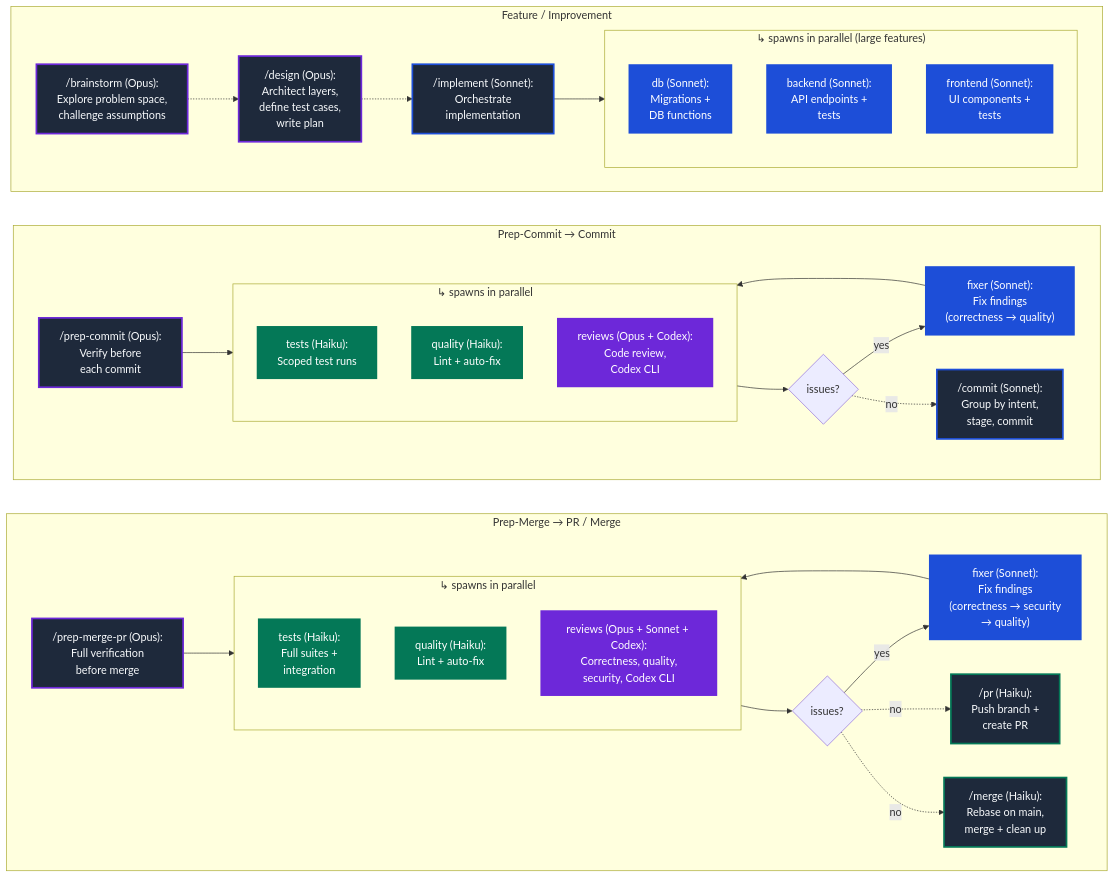
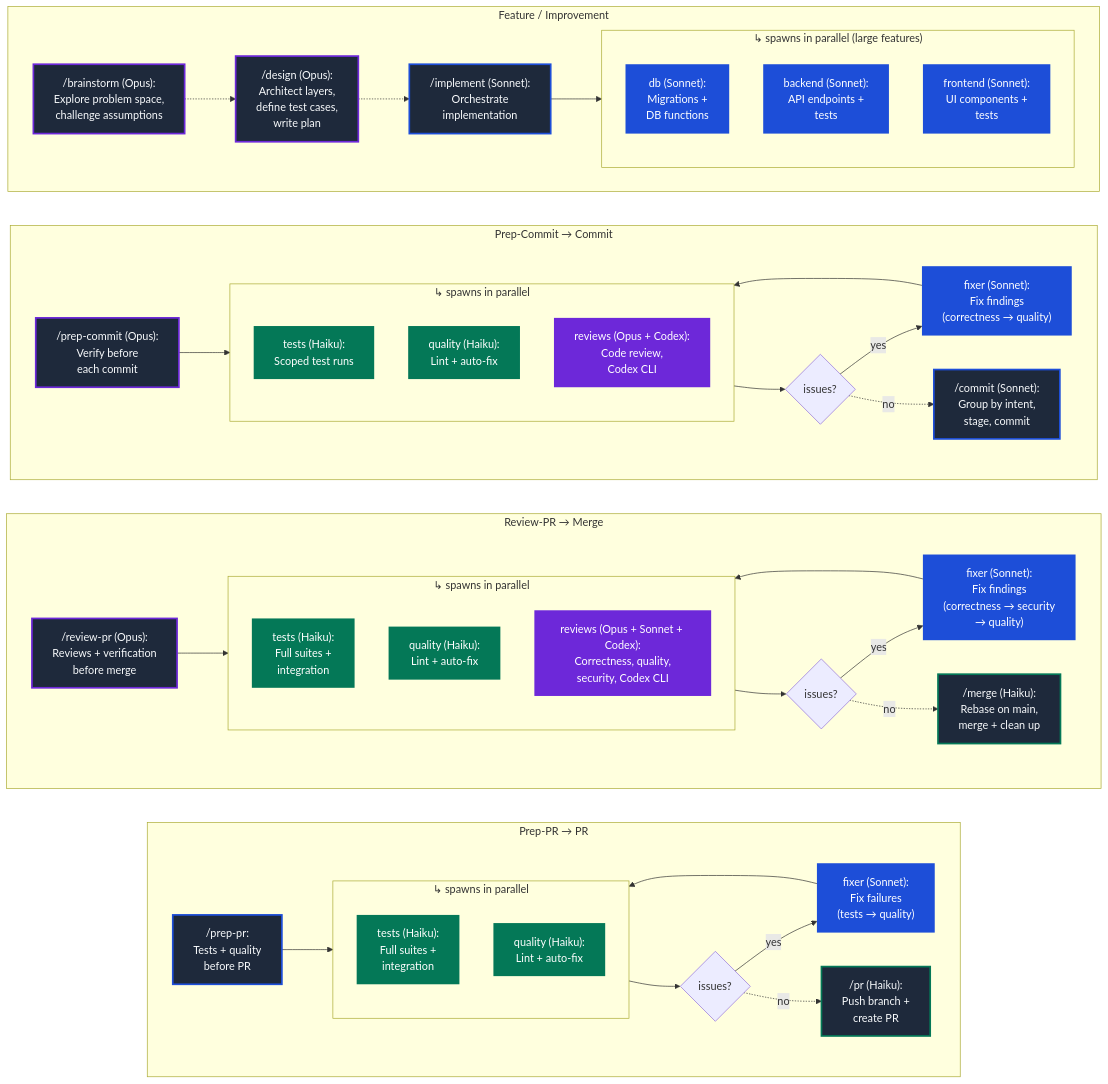
Before and after one commit to kambatla/ccupa: the diagram in README.md, drawn with Mermaid. The commit also changed other lines of this file and 13 other files, not shown here.

First line of the commit message:
refactor: split prep-merge-pr into prep-pr and review-pr

````diff
--- a/README.md
+++ b/README.md
@@ -43,24 +44,39 @@
 ```mermaid
 flowchart LR
- subgraph PMP_FLOW["Prep-Merge → PR / Merge"]
+ subgraph PPR_FLOW["Prep-PR → PR"]
     direction LR
-    PMP["/prep-merge-pr (Opus):<br/>Full verification<br/>before merge"]
-    subgraph PMP_A["↳ spawns in parallel"]
+    PPR["/prep-pr:<br/>Tests + quality<br/>before PR"]
+    subgraph PPR_A["↳ spawns in parallel"]
         direction TB
-        pmpT["tests (Haiku):<br/>Full suites +<br/>integration"]
-        pmpQ["quality (Haiku):<br/>Lint + auto-fix"]
-        pmpR["reviews (Opus + Sonnet + Codex):<br/>Correctness, quality,<br/>security, Codex CLI"]
+        pprT["tests (Haiku):<br/>Full suites +<br/>integration"]
+        pprQ["quality (Haiku):<br/>Lint + auto-fix"]
     end
-    PMP_CHECK{issues?}
-    PMPFIX["fixer (Sonnet):<br/>Fix findings<br/>(correctness → security<br/>→ quality)"]
+    PPR_CHECK{issues?}
+    PPRFIX["fixer (Sonnet):<br/>Fix failures<br/>(tests → quality)"]
     PR["/pr (Haiku):<br/>Push branch +<br/>create PR"]
+    PPR --> PPR_A
+    PPR_A --> PPR_CHECK
+    PPR_CHECK -->|yes| PPRFIX
+    PPRFIX --> PPR_A
+    PPR_CHECK -.->|no| PR
+  end
+ subgraph RPR_FLOW["Review-PR → Merge"]
+    direction LR
+    RPR["/review-pr (Opus):<br/>Reviews + verification<br/>before merge"]
+    subgraph RPR_A["↳ spawns in parallel"]
+        direction TB
+        rprT["tests (Haiku):<br/>Full suites +<br/>integration"]
+        rprQ["quality (Haiku):<br/>Lint + auto-fix"]
+        rprR["reviews (Opus + Sonnet + Codex):<br/>Correctness, quality,<br/>security, Codex CLI"]
+    end
+    RPR_CHECK{issues?}
+    RPRFIX["fixer (Sonnet):<br/>Fix findings<br/>(correctness → security<br/>→ quality)"]
     MRG["/merge (Haiku):<br/>Rebase on main,<br/>merge + clean up"]
-    PMP --> PMP_A
-    PMP_A --> PMP_CHECK
-    PMP_CHECK -->|yes| PMPFIX
-    PMPFIX --> PMP_A
-    PMP_CHECK -.->|no| PR
-    PMP_CHECK -.->|no| MRG
+    RPR --> RPR_A
+    RPR_A --> RPR_CHECK
+    RPR_CHECK -->|yes| RPRFIX
+    RPRFIX --> RPR_A
+    RPR_CHECK -.->|no| MRG
   end
  subgraph PC_FLOW["Prep-Commit → Commit"]
     direction LR
@@ -111,15 +127,19 @@
      pcT:::haiku
      pcQ:::haiku
      pcR:::opus
-     pmpT:::haiku
-     pmpQ:::haiku
-     pmpR:::opus
+     pprT:::haiku
+     pprQ:::haiku
+     rprT:::haiku
+     rprQ:::haiku
+     rprR:::opus
      PC:::skill-opus
      PCFIX:::sonnet
      CMT:::skill-sonnet
-     PMP:::skill-opus
-     PMPFIX:::sonnet
+     PPR:::skill-sonnet
+     PPRFIX:::sonnet
      PR:::skill-haiku
+     RPR:::skill-opus
+     RPRFIX:::sonnet
      MRG:::skill-haiku
     classDef skill-opus fill:#1e293b,color:#f8fafc,stroke:#6d28d9,stroke-width:2.5px
     classDef skill-sonnet fill:#1e293b,color:#f8fafc,stroke:#1d4ed8,stroke-width:2.5px
````
